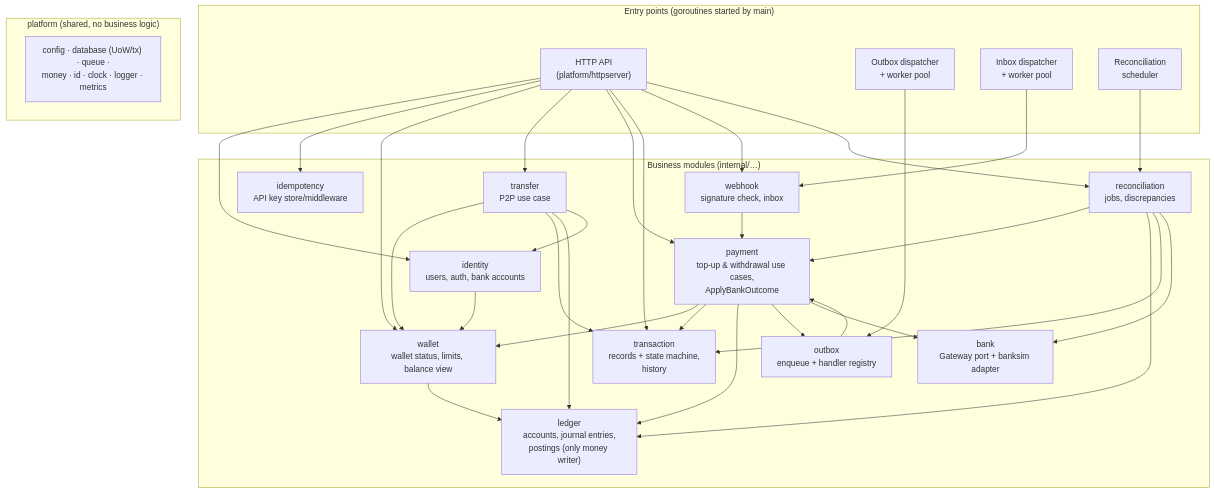
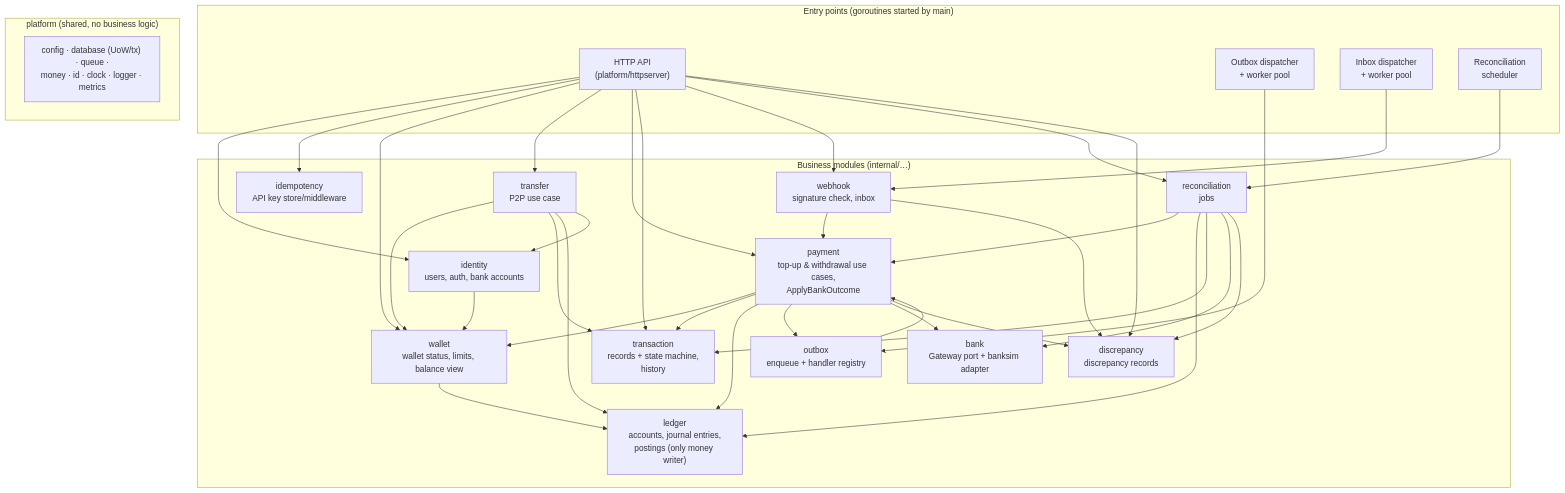
One commit to yaya1426/e-wallet changed the third of 9 diagrams in docs/engineering/architecture.md. Above: the diagram before and after it, drawn with Mermaid. The commit also changed other lines of this file and 39 other files, not shown here.

First line of the commit message:
docs: phase-1 roadmap and task plans T002–T020 (#3)

````diff
--- a/docs/engineering/architecture.md
+++ b/docs/engineering/architecture.md
@@ -80,37 +80,39 @@
 ```mermaid
 flowchart TB
     subgraph entry["Entry points (goroutines started by main)"]
         api["HTTP API<br/>(platform/httpserver)"]
         obw["Outbox dispatcher<br/>+ worker pool"]
         ibw["Inbox dispatcher<br/>+ worker pool"]
         sch["Reconciliation<br/>scheduler"]
     end
 
     subgraph modules["Business modules (internal/…)"]
         identity["identity<br/>users, auth, bank accounts"]
         idem["idempotency<br/>API key store/middleware"]
         walletm["wallet<br/>wallet status, limits, balance view"]
         transfer["transfer<br/>P2P use case"]
         payment["payment<br/>top-up & withdrawal use cases,<br/>ApplyBankOutcome"]
         txn["transaction<br/>records + state machine,<br/>history"]
         ledger["ledger<br/>accounts, journal entries,<br/>postings (only money writer)"]
         outbox["outbox<br/>enqueue + handler registry"]
         webhook["webhook<br/>signature check, inbox"]
-        recon["reconciliation<br/>jobs, discrepancies"]
+        recon["reconciliation<br/>jobs"]
+        disc["discrepancy<br/>discrepancy records"]
         bank["bank<br/>Gateway port + banksim adapter"]
     end
 
     subgraph platform["platform (shared, no business logic)"]
         plat["config · database (UoW/tx) · queue ·<br/>money · id · clock · logger · metrics"]
     end
 
-    api --> identity & idem & walletm & transfer & payment & txn & webhook & recon
+    api --> identity & idem & walletm & transfer & payment & txn & webhook & recon & disc
     obw --> outbox --> payment
     ibw --> webhook --> payment
     sch --> recon
-    recon --> payment & ledger & txn & bank
-    payment --> walletm & txn & ledger & outbox & bank
+    recon --> payment & ledger & txn & bank & disc
+    payment --> walletm & txn & ledger & outbox & bank & disc
+    webhook --> disc
     transfer --> walletm & txn & ledger & identity
     walletm --> ledger
     identity --> walletm
 ```
````
